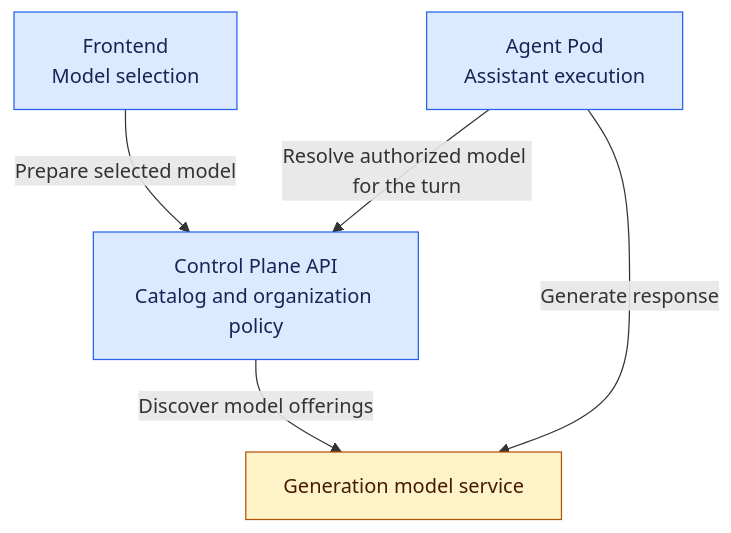
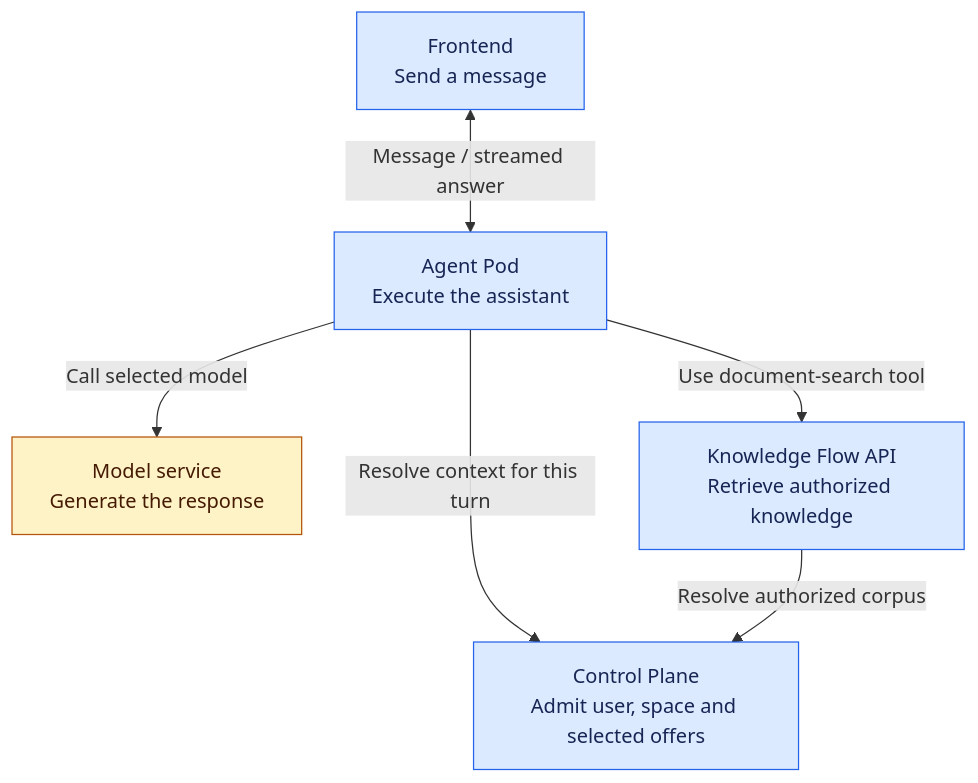
The third of 3 diagrams in docs/architecture/01-system-overview.md (ThalesGroup/fred), drawn with Mermaid before and after one commit. The commit also changed other lines of this file and 5 other files, not shown here.

````diff
--- a/docs/architecture/01-system-overview.md
+++ b/docs/architecture/01-system-overview.md
@@ -170,16 +68,18 @@
 ```mermaid
 flowchart TB
-    ui["Frontend<br/>Model selection"]
-    cp["Control Plane API<br/>Catalog and organization policy"]
-    pod["Agent Pod<br/>Assistant execution"]
-    model["Generation model service"]
-    ui -->|"Prepare selected model"| cp
-    pod -->|"Resolve authorized model for the turn"| cp
-    cp -->|"Discover model offerings"| model
-    pod -->|"Generate response"| model
+    ui["Frontend<br/>Send a message"]
+    pod["Agent Pod<br/>Execute the assistant"]
+    cp["Control Plane<br/>Admit user, space and selected offers"]
+    model["Model service<br/>Generate the response"]
+    kf["Knowledge Flow API<br/>Retrieve authorized knowledge"]
+    ui <-->|"Message / streamed answer"| pod
+    pod -->|"Resolve context for this turn"| cp
+    pod -->|"Call selected model"| model
+    pod -->|"Use document-search tool"| kf
+    kf -->|"Resolve authorized corpus"| cp
 
     classDef fred fill:#DBEAFE,stroke:#2563EB,color:#172554
     classDef cots fill:#FEF3C7,stroke:#B45309,color:#451A03
-    class ui,cp,pod fred
+    class ui,pod,cp,kf fred
     class model cots
 ```
````
